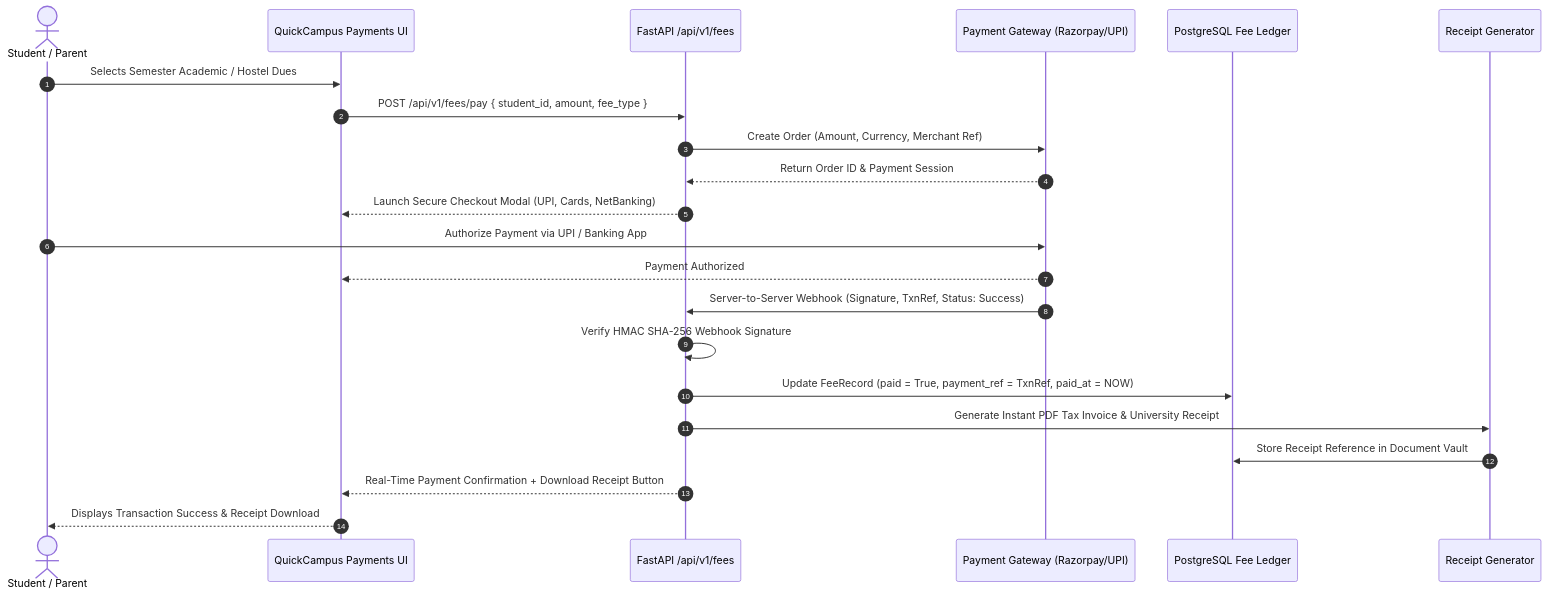
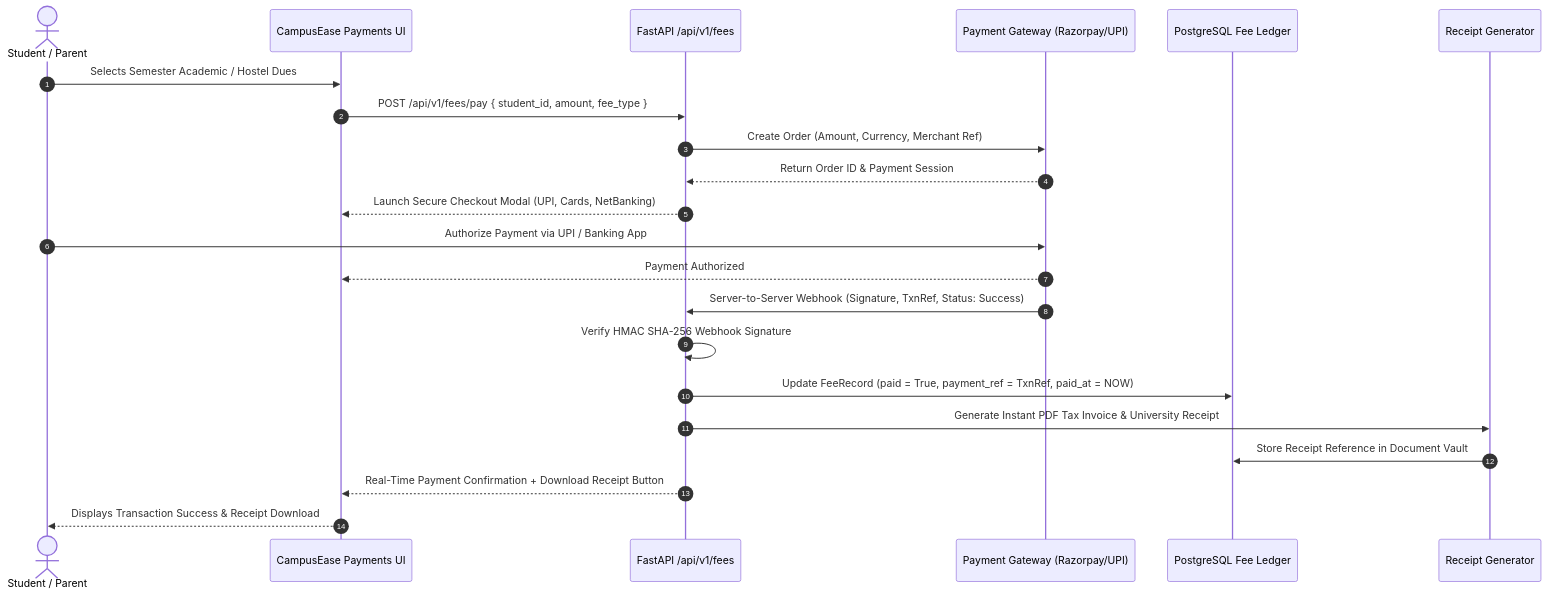
The fourth of 7 diagrams in HACKATHON_PROJECT_MASTER_DOCUMENTATION.md (Ayushmaannn/campus-ease), drawn with Mermaid before and after one commit. The commit also changed other lines of this file and 1 other file, not shown here.

````diff
--- a/HACKATHON_PROJECT_MASTER_DOCUMENTATION.md
+++ b/HACKATHON_PROJECT_MASTER_DOCUMENTATION.md
@@ -498,25 +463,25 @@
 ```mermaid
 sequenceDiagram
     autonumber
     actor P as Student / Parent
-    participant UI as QuickCampus Payments UI
+    participant UI as CampusEase Payments UI
     participant API as FastAPI /api/v1/fees
     participant PG as Payment Gateway (Razorpay/UPI)
     participant DB as PostgreSQL Fee Ledger
     participant Doc as Receipt Generator
 
     P->>UI: Selects Semester Academic / Hostel Dues
     UI->>API: POST /api/v1/fees/pay { student_id, amount, fee_type }
     API->>PG: Create Order (Amount, Currency, Merchant Ref)
     PG-->>API: Return Order ID & Payment Session
     API-->>UI: Launch Secure Checkout Modal (UPI, Cards, NetBanking)
     P->>PG: Authorize Payment via UPI / Banking App
     PG-->>UI: Payment Authorized
     PG->>API: Server-to-Server Webhook (Signature, TxnRef, Status: Success)
     API->>API: Verify HMAC SHA-256 Webhook Signature
     API->>DB: Update FeeRecord (paid = True, payment_ref = TxnRef, paid_at = NOW)
     API->>Doc: Generate Instant PDF Tax Invoice & University Receipt
     Doc->>DB: Store Receipt Reference in Document Vault
     API-->>UI: Real-Time Payment Confirmation + Download Receipt Button
     UI-->>P: Displays Transaction Success & Receipt Download
 ```
````
